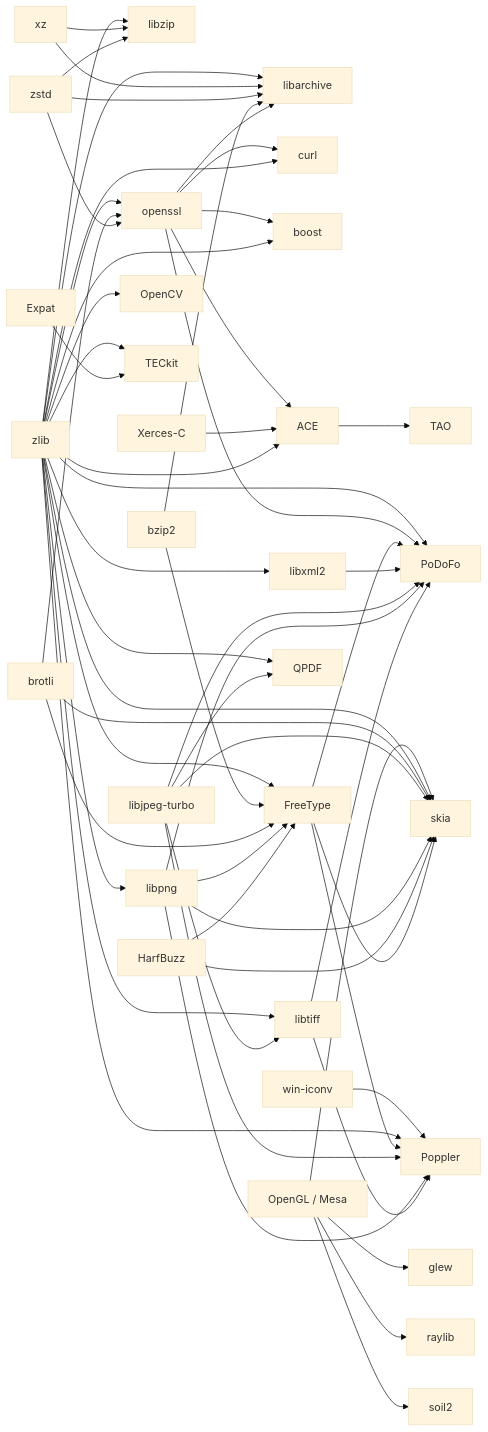
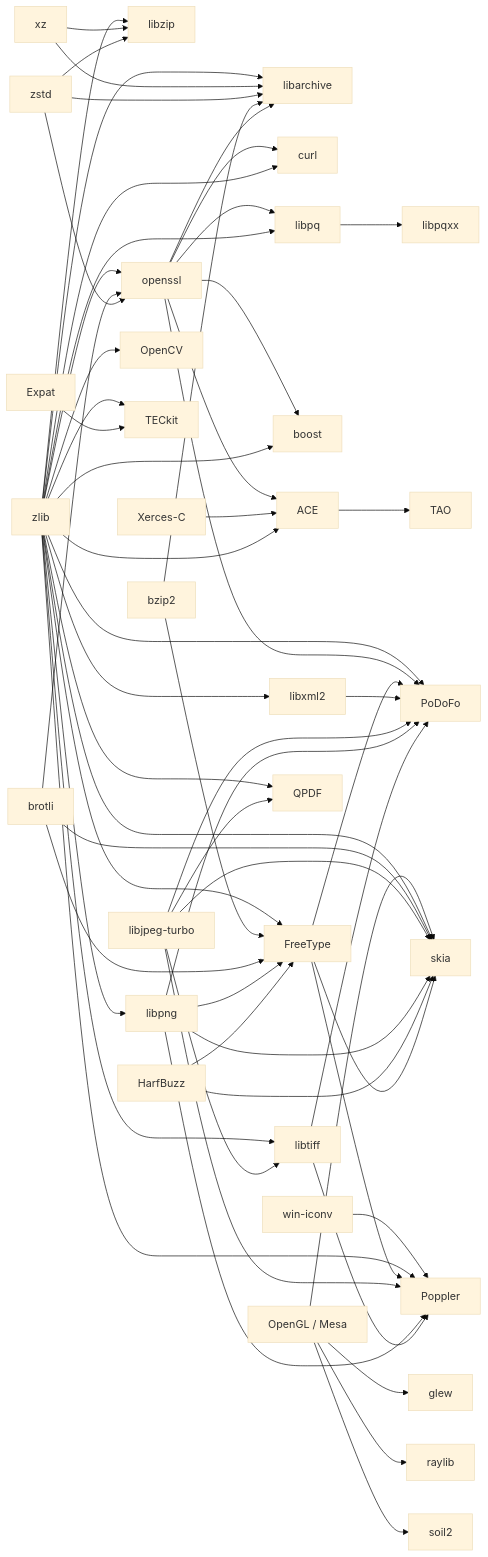
One commit to adeccscholar/BuildEngine-Admin changed the diagram in admin/server-docs/libraries.md. Above: the diagram before and after it, drawn with Mermaid (base theme). The commit also changed other lines of this file, not shown here.

Commit message:
server-docs: add bcc64x runtime rule and postgres graph

````diff
--- a/admin/server-docs/libraries.md
+++ b/admin/server-docs/libraries.md
@@ -37,74 +38,78 @@
 ```mermaid
 flowchart LR
    zlib --> libzip
    xz --> libzip
    zstd --> libzip
 
    zlib --> libarchive
    xz --> libarchive
    zstd --> libarchive
    bzip2 --> libarchive
    openssl --> libarchive
 
    zlib --> openssl
    brotli --> openssl
    zstd --> openssl
 
    openssl --> curl
    zlib --> curl
+
+   openssl --> libpq[libpq]
+   zlib --> libpq
+   libpq --> libpqxx[libpqxx]
 
    openssl --> boost
    zlib --> boost
 
    openssl --> ace[ACE]
    xerces[Xerces-C] --> ace
    zlib --> ace
    ace --> tao[TAO]
 
    opengl[OpenGL / Mesa] --> glew
    opengl --> raylib
    opengl --> soil2
 
    zlib --> libpng
    zlib --> libtiff
    jpeg[libjpeg-turbo] --> libtiff
 
    zlib --> freetype[FreeType]
    bzip2 --> freetype
    brotli --> freetype
    libpng --> freetype
    harfbuzz[HarfBuzz] --> freetype
 
    opengl --> skia
    zlib --> skia
    brotli --> skia
    jpeg --> skia
    libpng --> skia
    harfbuzz --> skia
    freetype --> skia
 
    zlib --> opencv[OpenCV]
 
    zlib --> teckit[TECkit]
    expat[Expat] --> teckit
 
    winiconv[win-iconv] --> poppler
    zlib --> libxml2[libxml2]
 
    zlib --> qpdf[QPDF]
    jpeg --> qpdf
 
    zlib --> podofo[PoDoFo]
    openssl --> podofo
    freetype --> podofo
    libxml2 --> podofo
    jpeg --> podofo
    libpng --> podofo
    libtiff --> podofo
 
    zlib --> poppler[Poppler]
    freetype --> poppler
    jpeg --> poppler
    libpng --> poppler
    libtiff --> poppler
 ```
````
